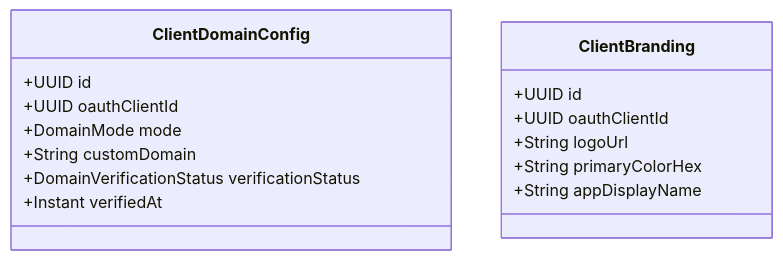
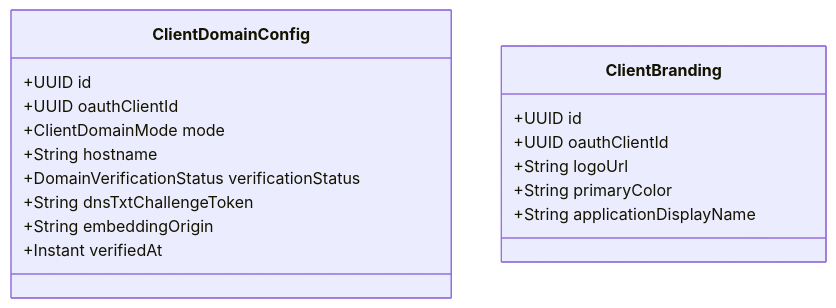
One commit to RedeArmy/Clavaris changed the fifth of 6 diagrams in docs/02-domain/domain-model.md. Above: the diagram before and after it, drawn with Mermaid. The commit also changed other lines of this file and 12 other files, not shown here.

````diff
--- a/docs/02-domain/domain-model.md
+++ b/docs/02-domain/domain-model.md
@@ -196,18 +196,20 @@
 ```mermaid
 classDiagram
     class ClientDomainConfig {
         +UUID id
         +UUID oauthClientId
-        +DomainMode mode
-        +String customDomain
+        +ClientDomainMode mode
+        +String hostname
         +DomainVerificationStatus verificationStatus
+        +String dnsTxtChallengeToken
+        +String embeddingOrigin
         +Instant verifiedAt
     }
     class ClientBranding {
         +UUID id
         +UUID oauthClientId
         +String logoUrl
-        +String primaryColorHex
-        +String appDisplayName
+        +String primaryColor
+        +String applicationDisplayName
     }
 ```
````
